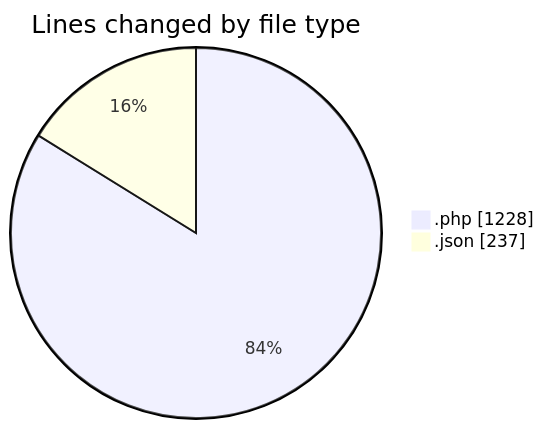
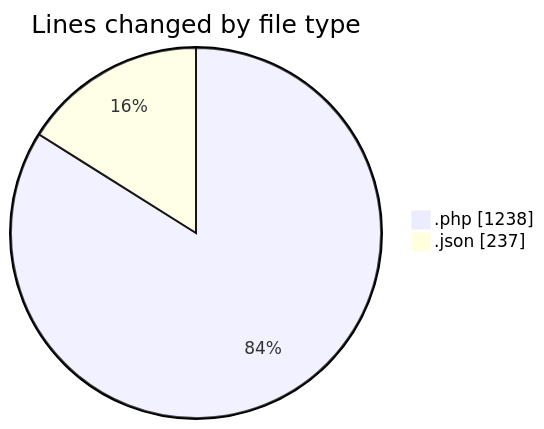
One commit to idhammustaqopulfikri/code-tracking changed the first of 2 diagrams in 2025-06-13/studio-backend/README.md. Above: the diagram before and after it, drawn with Mermaid. The commit also changed other lines of this file and 1 other file, not shown here.

````diff
--- a/2025-06-13/studio-backend/README.md
+++ b/2025-06-13/studio-backend/README.md
@@ -30,6 +30,6 @@
 ```mermaid
 pie showData
 title Lines changed by file type
-".php" : 1228
+".php" : 1238
 ".json" : 237
 ```
````
